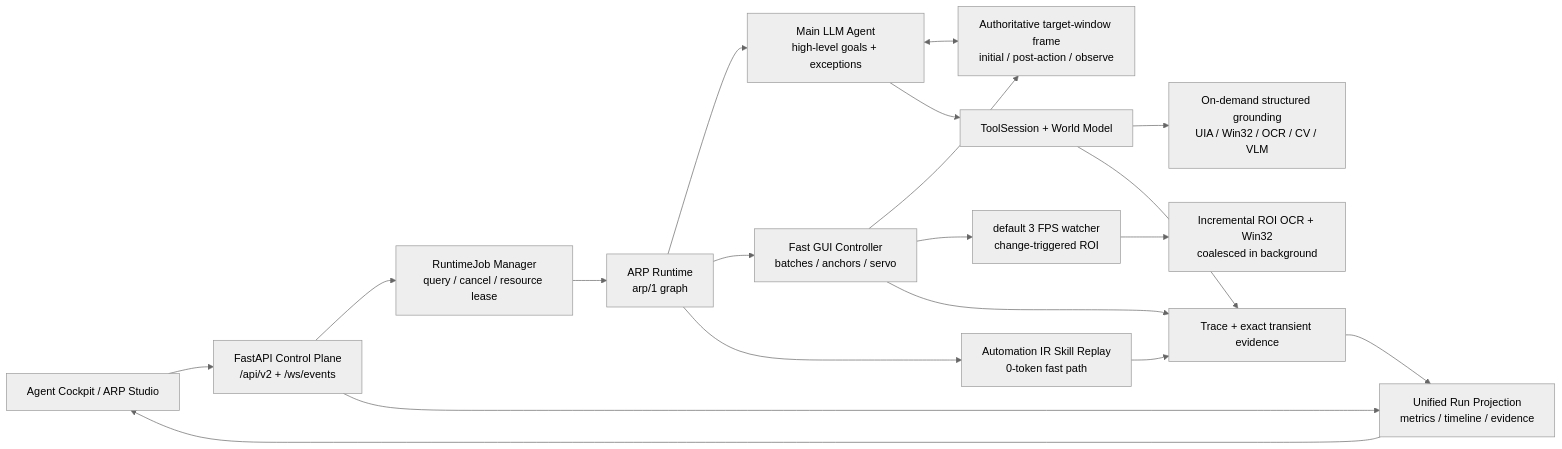
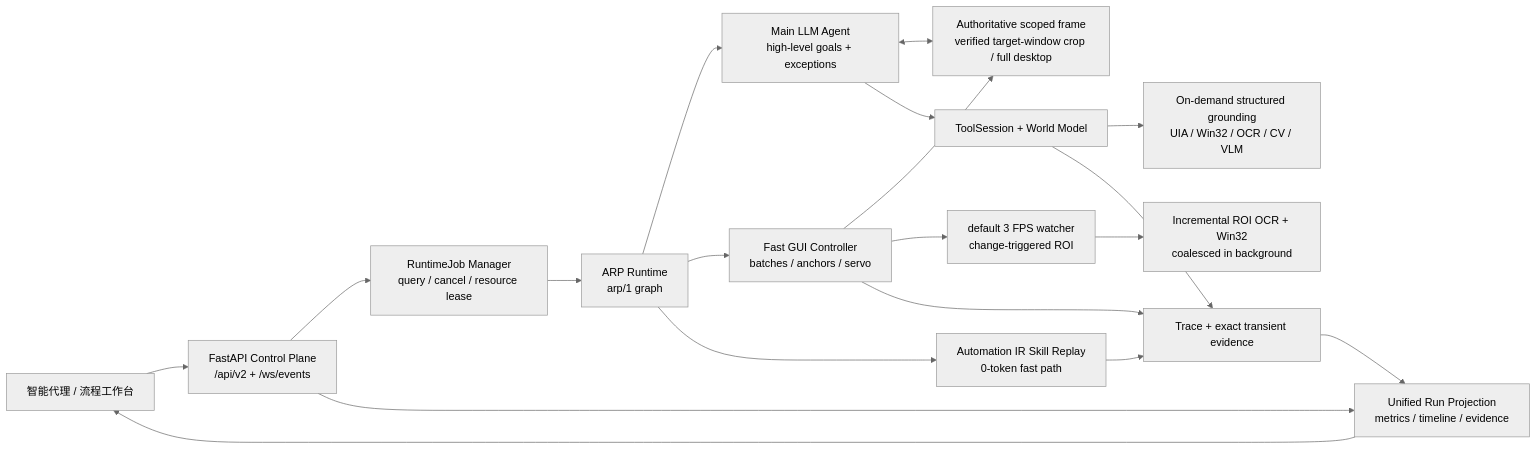
The first of 2 diagrams in docs/architecture.md (zoujiapeng/lingdong-script), drawn with Mermaid (neutral theme) before and after one commit. The commit also changed other lines of this file and 45 other files, not shown here.

````diff
--- a/docs/architecture.md
+++ b/docs/architecture.md
@@ -7,21 +7,21 @@
 ```mermaid
 flowchart LR
-  User["Agent Cockpit / ARP Studio"] --> Control["FastAPI Control Plane\n/api/v2 + /ws/events"]
+  User["智能代理 / 流程工作台"] --> Control["FastAPI Control Plane\n/api/v2 + /ws/events"]
   Control --> Jobs["RuntimeJob Manager\nquery / cancel / resource lease"]
   Jobs --> ARP["ARP Runtime\narp/1 graph"]
   Control --> Projection["Unified Run Projection\nmetrics / timeline / evidence"]
   ARP --> Runner["Main LLM Agent\nhigh-level goals + exceptions"]
   ARP --> Controller["Fast GUI Controller\nbatches / anchors / servo"]
   ARP --> Skills["Automation IR Skill Replay\n0-token fast path"]
-  Runner <--> Frame["Authoritative target-window frame\ninitial / post-action / observe"]
+  Runner <--> Frame["Authoritative scoped frame\nverified target-window crop / full desktop"]
   Runner --> Tools["ToolSession + World Model"]
   Tools --> Perception["On-demand structured grounding\nUIA / Win32 / OCR / CV / VLM"]
   Controller --> Frame
   Controller --> Watcher["default 3 FPS watcher\nchange-triggered ROI"]
   Watcher --> Prefetch["Incremental ROI OCR + Win32\ncoalesced in background"]
   Tools --> Trace["Trace + exact transient evidence"]
   Controller --> Trace
   Skills --> Trace
   Trace --> Projection
   Projection --> User
 ```
````
